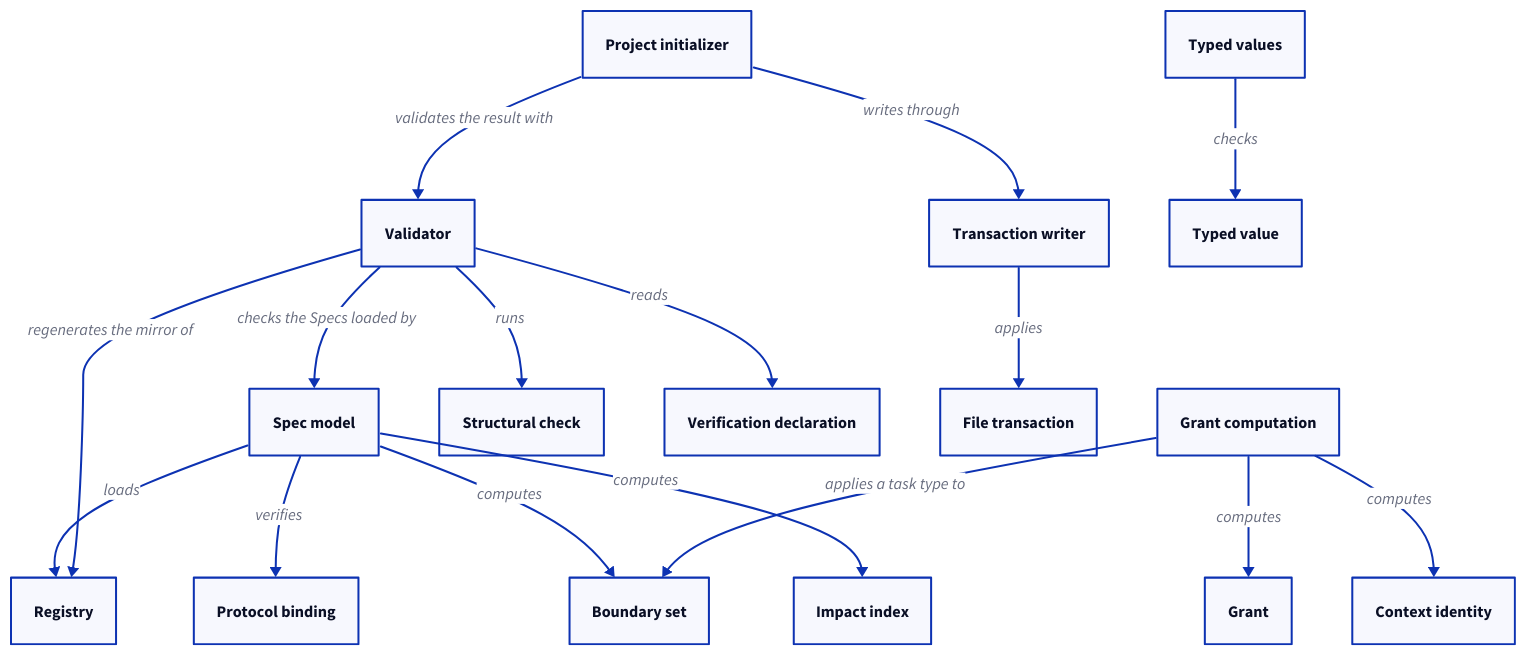
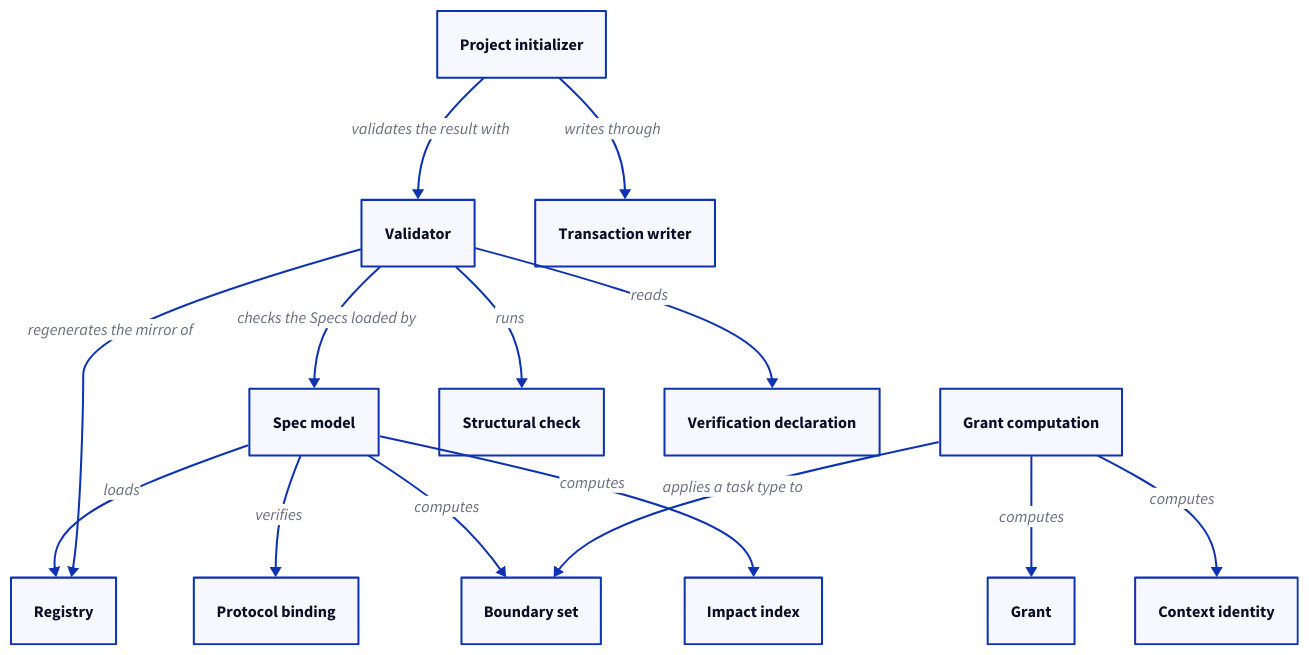
One commit to FTOD/concorde changed the first of 5 diagrams in specs/concorde/spec-tooling/spec/module.md. Above: the diagram before and after it, drawn with D2. The commit also changed other lines of this file and 109 other files, not shown here.

````diff
--- a/specs/concorde/spec-tooling/spec/module.md
+++ b/specs/concorde/spec-tooling/spec/module.md
@@ -99,35 +98,30 @@
 ```d2
 model: Spec model
 validator: Validator
 grants: Grant computation
 init: Project initializer
 writer: Transaction writer
-types: Typed values
 
 registry: Registry
 binding: Protocol binding
 sets: Boundary set
 impact: Impact index
 check: Structural check
 declaration: Verification declaration
 grant: Grant
 identity: Context identity
-value: Typed value
-transaction: File transaction
 
 model -> registry: loads
 model -> binding: verifies
 model -> sets: computes
 model -> impact: computes
 validator -> model: checks the Specs loaded by
 validator -> check: runs
 validator -> declaration: reads
 validator -> registry: regenerates the mirror of
 grants -> sets: applies a task type to
 grants -> grant: computes
 grants -> identity: computes
-types -> value: checks
-writer -> transaction: applies
 init -> writer: writes through
 init -> validator: validates the result with
 ```
````
